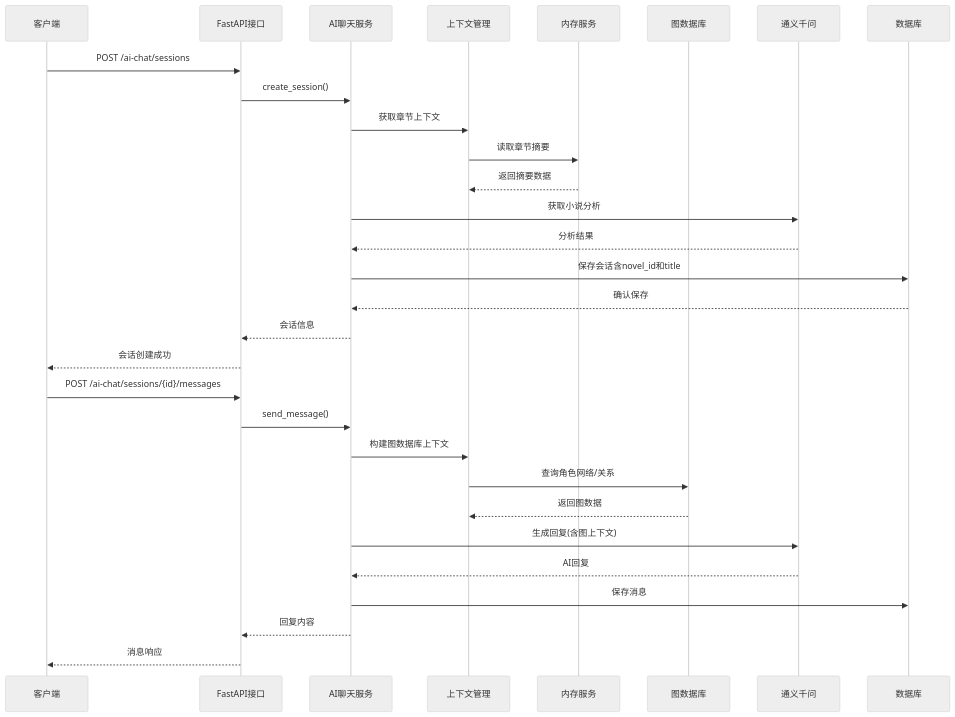
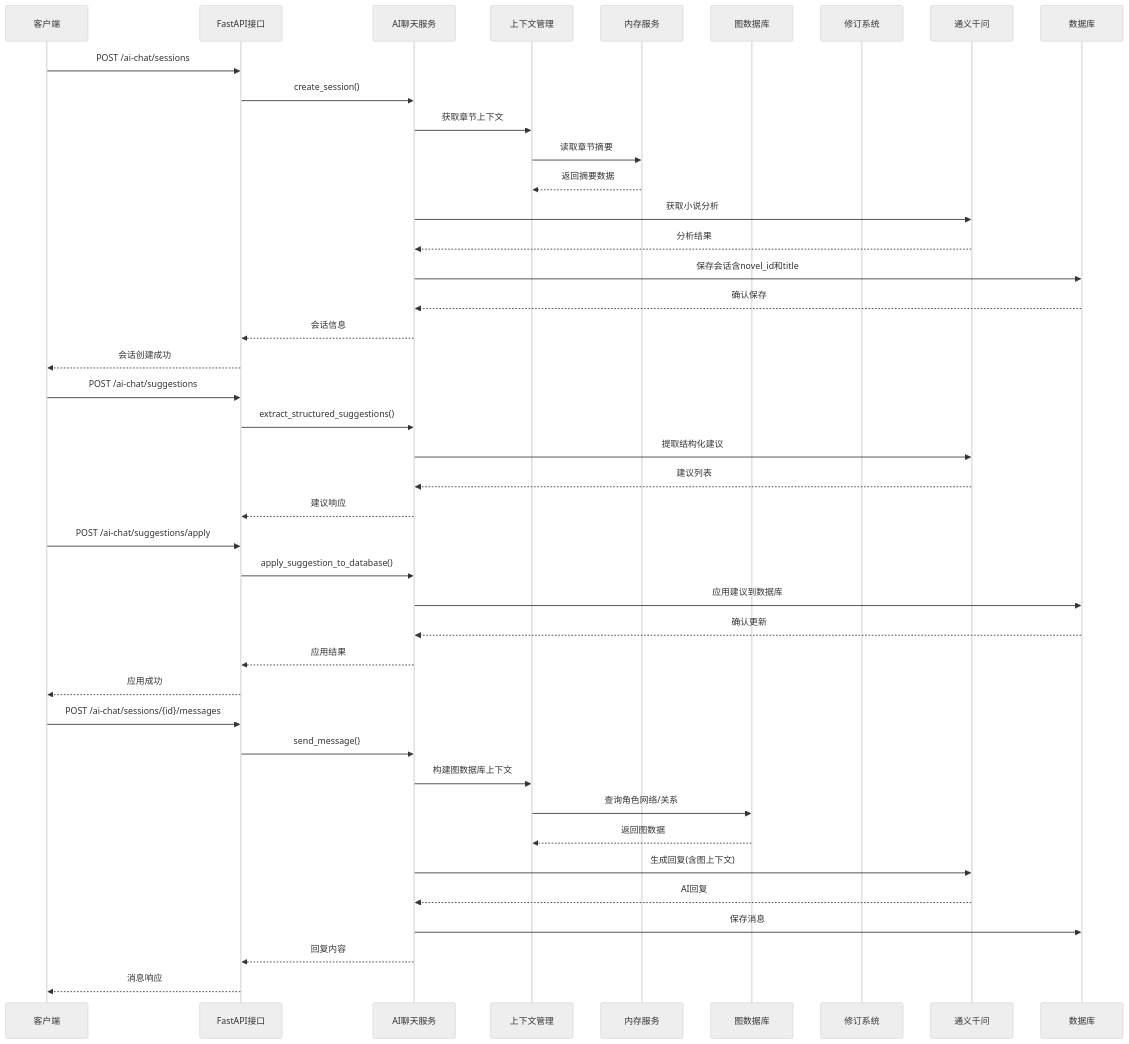
One commit to xfbyxq/ai-novel-system changed the fourth of 30 diagrams in .qoder/repowiki/zh/content/Ai Chat Service.md. Above: the diagram before and after it, drawn with Mermaid (neutral theme). The commit also changed other lines of this file and 8 other files, not shown here.

````diff
--- a/.qoder/repowiki/zh/content/Ai Chat Service.md
+++ b/.qoder/repowiki/zh/content/Ai Chat Service.md
@@ -220,32 +244,44 @@
 ```mermaid
 sequenceDiagram
 participant Client as 客户端
 participant API as FastAPI接口
 participant Service as AI聊天服务
 participant Context as 上下文管理
 participant Memory as 内存服务
 participant Graph as 图数据库
+participant Revision as 修订系统
 participant LLM as 通义千问
 participant DB as 数据库
 Client->>API : POST /ai-chat/sessions
 API->>Service : create_session()
 Service->>Context : 获取章节上下文
 Context->>Memory : 读取章节摘要
 Memory-->>Context : 返回摘要数据
 Service->>LLM : 获取小说分析
 LLM-->>Service : 分析结果
 Service->>DB : 保存会话含novel_id和title
 DB-->>Service : 确认保存
 Service-->>API : 会话信息
 API-->>Client : 会话创建成功
+Client->>API : POST /ai-chat/suggestions
+API->>Service : extract_structured_suggestions()
+Service->>LLM : 提取结构化建议
+LLM-->>Service : 建议列表
+Service-->>API : 建议响应
+Client->>API : POST /ai-chat/suggestions/apply
+API->>Service : apply_suggestion_to_database()
+Service->>DB : 应用建议到数据库
+DB-->>Service : 确认更新
+Service-->>API : 应用结果
+API-->>Client : 应用成功
 Client->>API : POST /ai-chat/sessions/{id}/messages
 API->>Service : send_message()
 Service->>Context : 构建图数据库上下文
 Context->>Graph : 查询角色网络/关系
 Graph-->>Context : 返回图数据
 Service->>LLM : 生成回复(含图上下文)
 LLM-->>Service : AI回复
 Service->>DB : 保存消息
 Service-->>API : 回复内容
 API-->>Client : 消息响应
 ```
````
